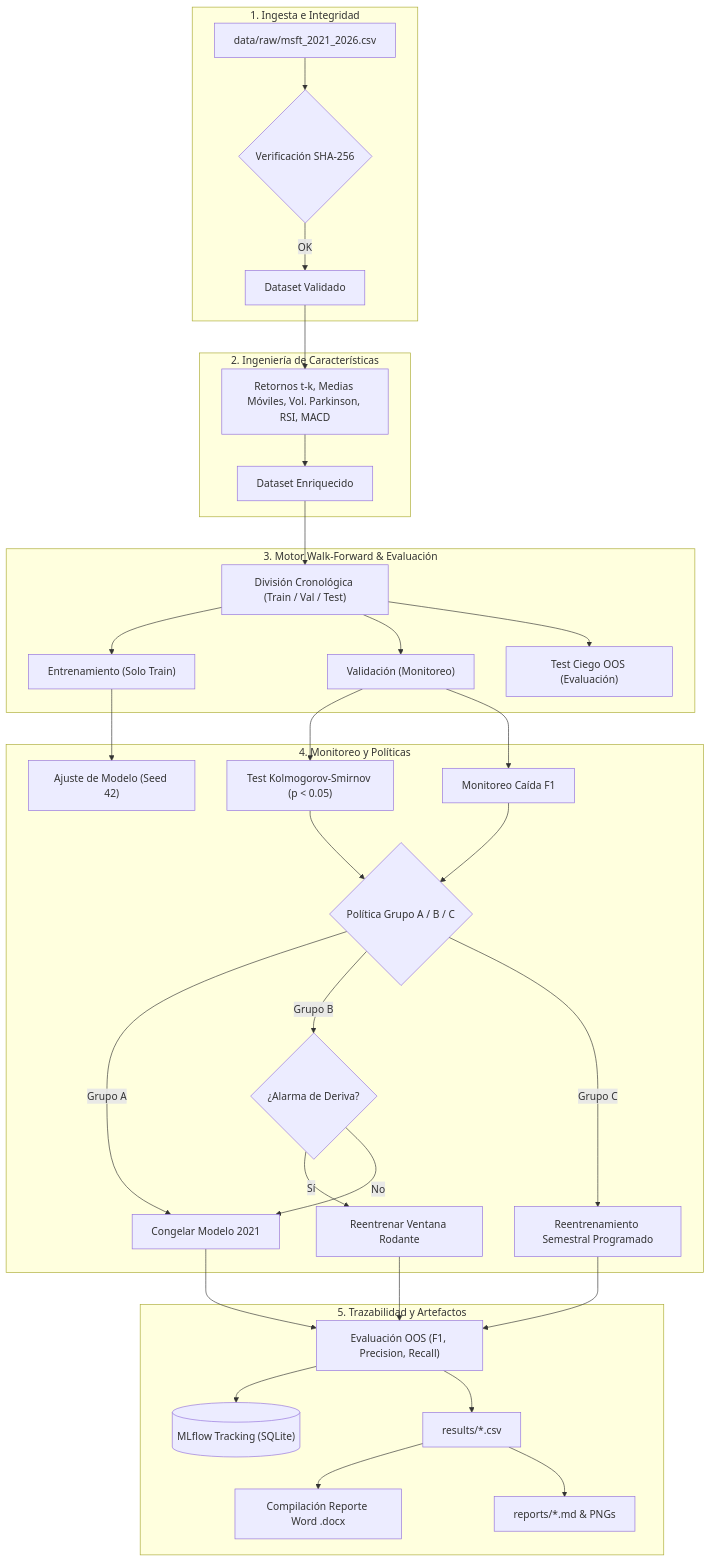
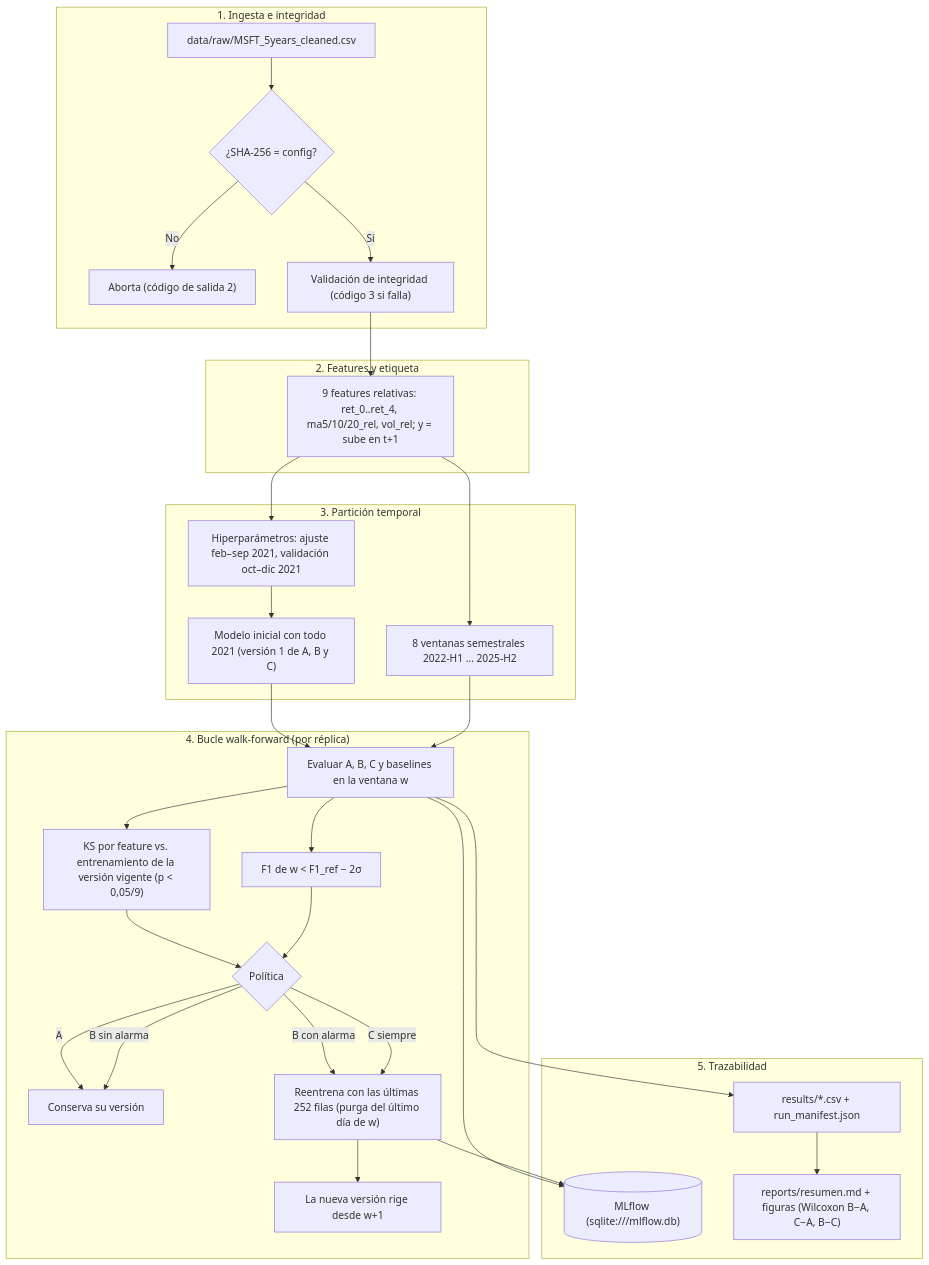
The diagram in README.md (AndreRH09/TAIS_H2_MLOPS), drawn with Mermaid before and after one commit. The commit also changed other lines of this file and 24 other files, not shown here.

````diff
--- a/README.md
+++ b/README.md
@@ -95,39 +102,38 @@
 ```mermaid
 flowchart TD
-    subgraph Ingestion ["1. Ingesta e Integridad"]
-        RawCSV["data/raw/msft_2021_2026.csv"] --> HashCheck{"Verificación SHA-256"}
-        HashCheck -->|OK| CleanData["Dataset Validado"]
+    subgraph Ingestion ["1. Ingesta e integridad"]
+        RawCSV["data/raw/MSFT_5years_cleaned.csv"] --> HashCheck{"¿SHA-256 = config?"}
+        HashCheck -->|No| Abort["Aborta (código de salida 2)"]
+        HashCheck -->|Sí| Integrity["Validación de integridad (código 3 si falla)"]
     end
 
-    subgraph FeatureEngineering ["2. Ingeniería de Características"]
-        CleanData --> FeatGen["Retornos t-k, Medias Móviles, Vol. Parkinson, RSI, MACD"]
-        FeatGen --> FeatStore["Dataset Enriquecido"]
+    subgraph Features ["2. Features y etiqueta"]
+        Integrity --> FeatGen["9 features relativas: ret_0..ret_4, ma5/10/20_rel, vol_rel; y = sube en t+1"]
     end
 
-    subgraph WalkForward ["3. Motor Walk-Forward & Evaluación"]
-        FeatStore --> Splitting["División Cronológica (Train / Val / Test)"]
-        Splitting --> TrainSplit["Entrenamiento (Solo Train)"]
-        Splitting --> ValSplit["Validación (Monitoreo)"]
-        Splitting --> TestSplit["Test Ciego OOS (Evaluación)"]
+    subgraph Split ["3. Partición temporal"]
+        FeatGen --> HP["Hiperparámetros: ajuste feb–sep 2021, validación oct–dic 2021"]
+        HP --> Init["Modelo inicial con todo 2021 (versión 1 de A, B y C)"]
+        FeatGen --> Windows["8 ventanas semestrales 2022-H1 … 2025-H2"]
     end
 
-    subgraph MLOpsEngine ["4. Monitoreo y Políticas"]
-        TrainSplit --> ModelFit["Ajuste de Modelo (Seed 42)"]
-        ValSplit --> DriftKS["Test Kolmogorov-Smirnov (p < 0.05)"]
-        ValSplit --> F1Drop["Monitoreo Caída F1"]
-        DriftKS & F1Drop --> PolicyRouter{"Política Grupo A / B / C"}
-        PolicyRouter -->|Grupo A| KeepOld["Congelar Modelo 2021"]
-        PolicyRouter -->|Grupo B| CheckAlarm{"¿Alarma de Deriva?"}
-        CheckAlarm -->|Sí| RetrainB["Reentrenar Ventana Rodante"]
-        CheckAlarm -->|No| KeepOld
-        PolicyRouter -->|Grupo C| RetrainC["Reentrenamiento Semestral Programado"]
+    subgraph Loop ["4. Bucle walk-forward (por réplica)"]
+        Init --> Eval["Evaluar A, B, C y baselines en la ventana w"]
+        Windows --> Eval
+        Eval --> Drift["KS por feature vs. entrenamiento de la versión vigente (p < 0,05/9)"]
+        Eval --> F1Drop["F1 de w < F1_ref − 2σ"]
+        Drift & F1Drop --> Policy{"Política"}
+        Policy -->|A| Keep["Conserva su versión"]
+        Policy -->|B sin alarma| Keep
+        Policy -->|B con alarma| Retrain["Reentrena con las últimas 252 filas (purga del último día de w)"]
+        Policy -->|C siempre| Retrain
+        Retrain --> Next["La nueva versión rige desde w+1"]
     end
 
-    subgraph TrackingReports ["5. Trazabilidad y Artefactos"]
-        RetrainB & RetrainC & KeepOld --> TestEval["Evaluación OOS (F1, Precision, Recall)"]
-        TestEval --> MLflowLog[("MLflow Tracking (SQLite)")]
-        TestEval --> CSVResults["results/*.csv"]
-        CSVResults --> DocxGen["Compilación Reporte Word .docx"]
-        CSVResults --> MdReports["reports/*.md & PNGs"]
+    subgraph Outputs ["5. Trazabilidad"]
+        Eval --> CSV["results/*.csv + run_manifest.json"]
+        Eval --> MLflow[("MLflow (sqlite:///mlflow.db)")]
+        Retrain --> MLflow
+        CSV --> Report["reports/resumen.md + figuras (Wilcoxon B−A, C−A, B−C)"]
     end
 ```
````
